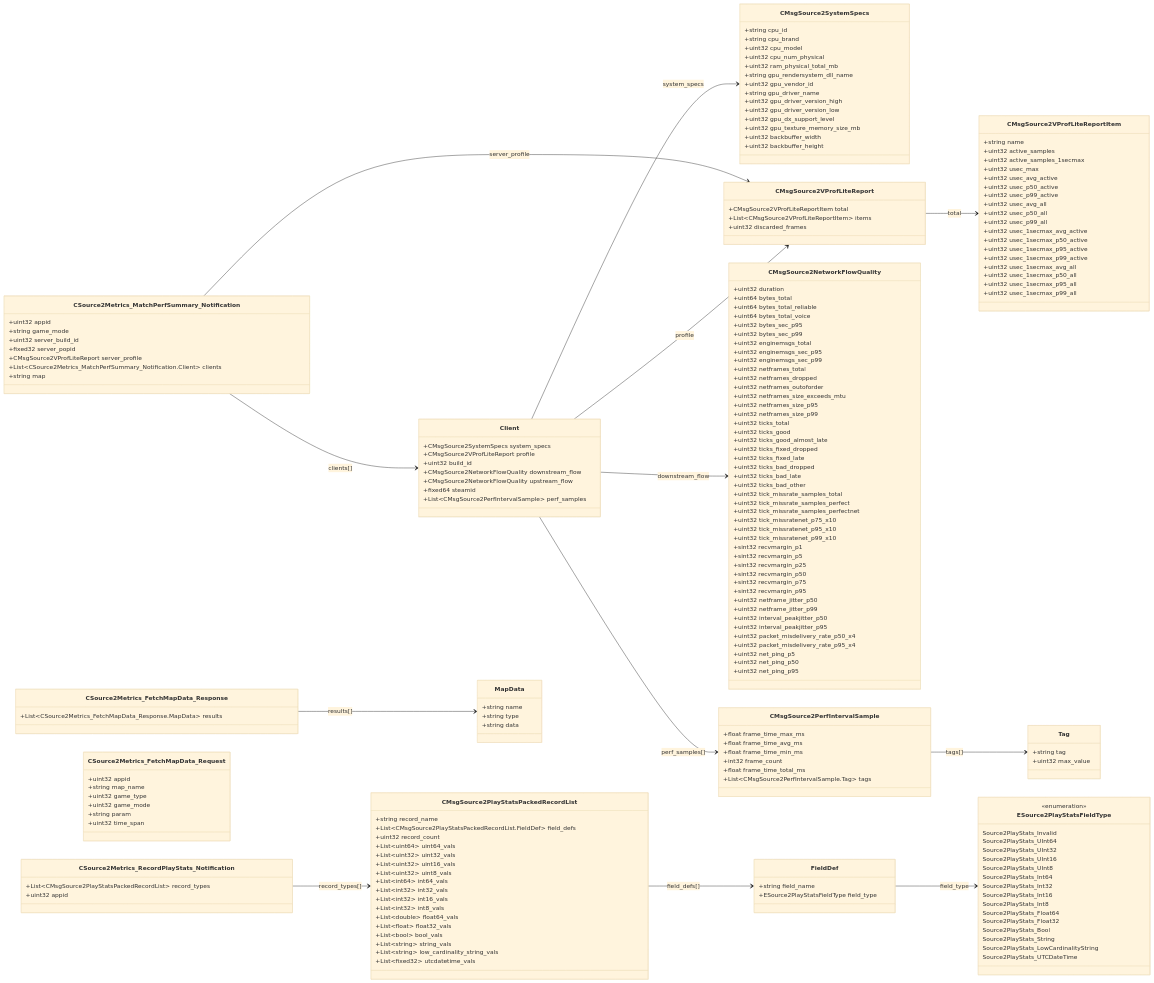
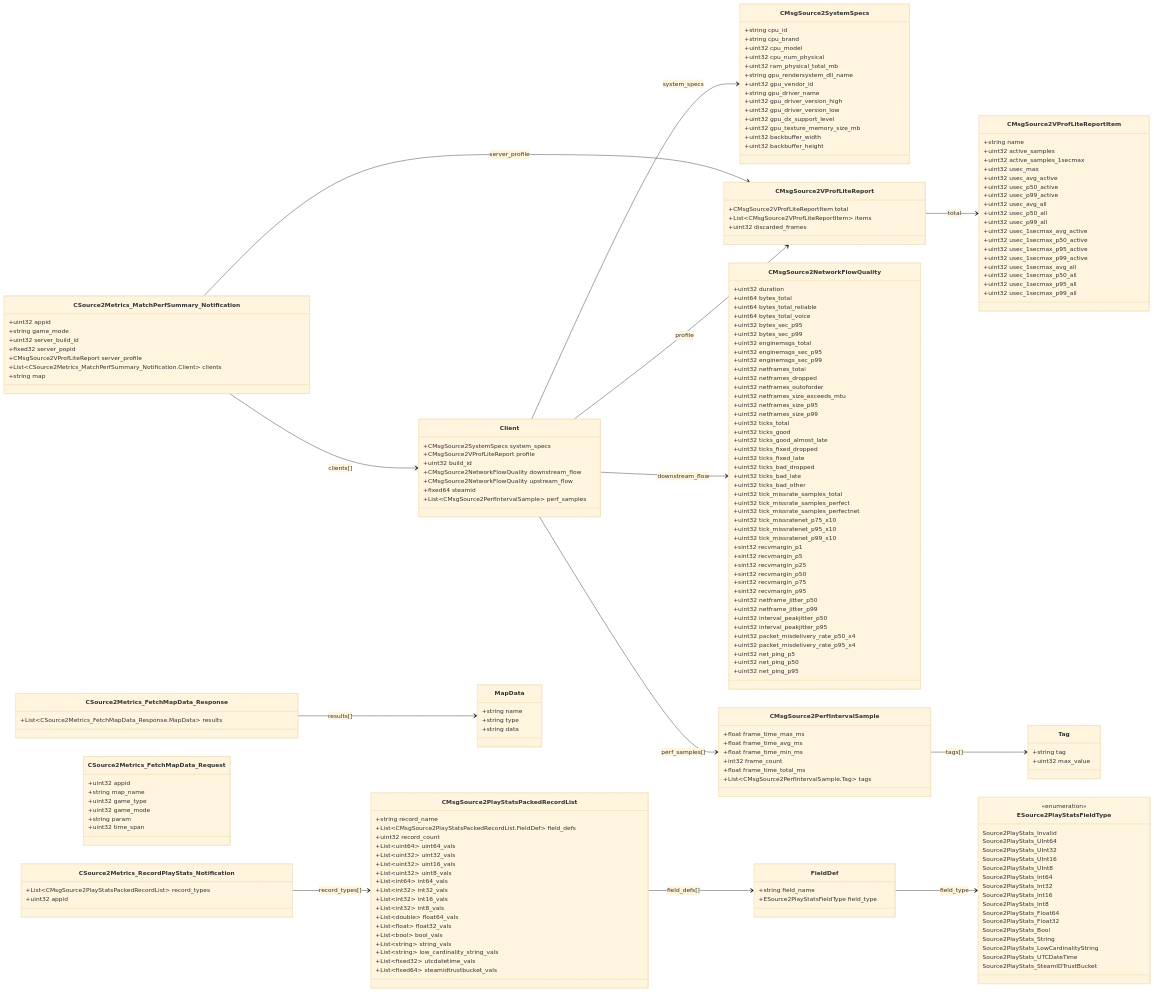
Before and after one commit to sid2934/CS2-OpenDevDocs: the diagram in docs/proto/source2_steam_stats.md, drawn with Mermaid (base theme). The commit also changed other lines of this file and 3 other files, not shown here.

````diff
--- a/docs/proto/source2_steam_stats.md
+++ b/docs/proto/source2_steam_stats.md
@@ -156,6 +156,7 @@
     +List~string~ string_vals
     +List~string~ low_cardinality_string_vals
     +List~fixed32~ utcdatetime_vals
+    +List~fixed64~ steamidtrustbucket_vals
   }
 
   class FieldDef {
@@ -217,6 +218,7 @@
     Source2PlayStats_String
     Source2PlayStats_LowCardinalityString
     Source2PlayStats_UTCDateTime
+    Source2PlayStats_SteamIDTrustBucket
   }
 
 ```
````
